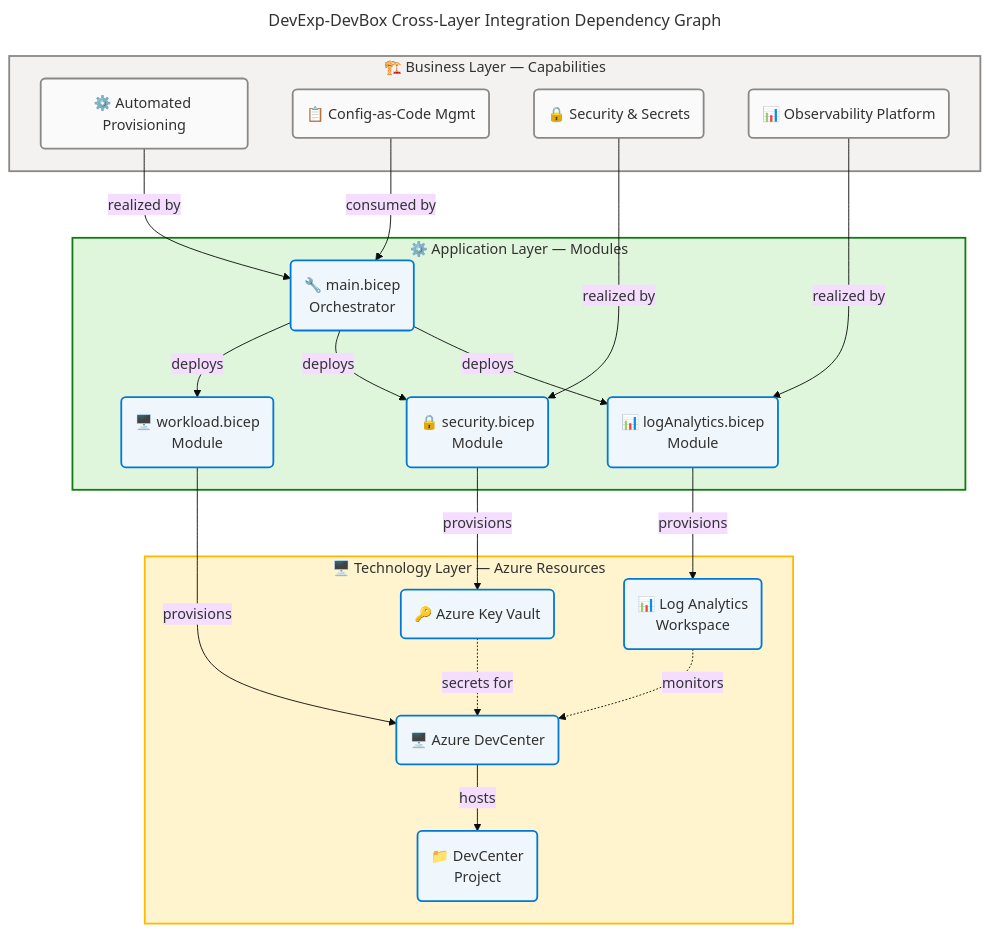
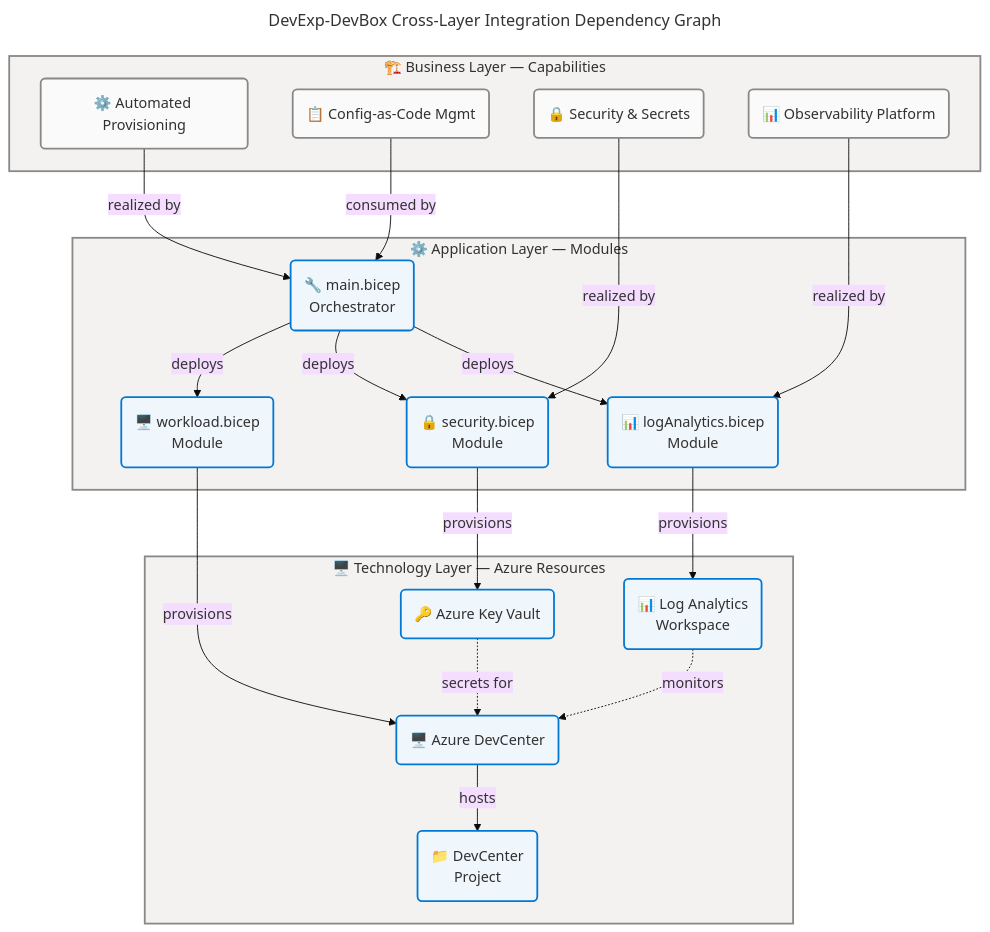
One commit to Evilazaro/DevExp-DevBox changed the seventh of 7 diagrams in docs/architecture/business-architecture.md. Above: the diagram before and after it, drawn with Mermaid. The commit also changed other lines of this file and 2 other files, not shown here.

Commit message:
refactor: Update Mermaid diagram styles for improved visual consistency across architecture documents

````diff
--- a/docs/architecture/business-architecture.md
+++ b/docs/architecture/business-architecture.md
@@ -1414,69 +1414,69 @@
 ```mermaid
 ---
 title: DevExp-DevBox Cross-Layer Integration Dependency Graph
 config:
   theme: base
   look: classic
   layout: dagre
   themeVariables:
     fontSize: '16px'
   flowchart:
     htmlLabels: true
 ---
 flowchart TB
     accTitle: DevExp-DevBox Cross-Layer Integration Dependency Graph
     accDescr: Shows Business capabilities mapping to Application Bicep modules and Azure Technology resources across three architectural layers with directional dependency and observability feedback relationships.
 
     %% ═══════════════════════════════════════════════════════════════════════════
     %% AZURE / FLUENT ARCHITECTURE PATTERN v1.1
     %% (Semantic + Structural + Font + Accessibility Governance)
     %% ═══════════════════════════════════════════════════════════════════════════
     %% PHASE 1 - FLUENT UI: All styling uses approved Fluent UI palette only
     %% PHASE 2 - GROUPS: Every subgraph has semantic color via style directive
     %% PHASE 3 - COMPONENTS: Every node has semantic classDef + icon prefix
     %% PHASE 4 - ACCESSIBILITY: accTitle/accDescr present, WCAG AA contrast
     %% PHASE 5 - STANDARD: Governance block present, classDefs centralized
     %% ═══════════════════════════════════════════════════════════════════════════
 
     subgraph bizLayer["🏗️ Business Layer — Capabilities"]
         cap1b("⚙️ Automated Provisioning"):::neutral
         cap2b("📋 Config-as-Code Mgmt"):::neutral
         cap3b("🔒 Security & Secrets"):::neutral
         cap4b("📊 Observability Platform"):::neutral
     end
 
     subgraph appLayer["⚙️ Application Layer — Modules"]
         mainBicep("🔧 main.bicep<br/>Orchestrator"):::core
         secMod("🔒 security.bicep<br/>Module"):::core
         monMod("📊 logAnalytics.bicep<br/>Module"):::core
         wrkMod("🖥️ workload.bicep<br/>Module"):::core
     end
 
     subgraph techLayer["🖥️ Technology Layer — Azure Resources"]
         kvRes("🔑 Azure Key Vault"):::core
         laRes("📊 Log Analytics<br/>Workspace"):::core
         dcRes("🖥️ Azure DevCenter"):::core
         projRes("📁 DevCenter<br/>Project"):::core
     end
 
     cap1b -->|"realized by"| mainBicep
     cap2b -->|"consumed by"| mainBicep
     cap3b -->|"realized by"| secMod
     cap4b -->|"realized by"| monMod
     mainBicep -->|"deploys"| monMod
     mainBicep -->|"deploys"| secMod
     mainBicep -->|"deploys"| wrkMod
     secMod -->|"provisions"| kvRes
     monMod -->|"provisions"| laRes
     wrkMod -->|"provisions"| dcRes
     dcRes -->|"hosts"| projRes
     laRes -.->|"monitors"| dcRes
     kvRes -.->|"secrets for"| dcRes
 
     style bizLayer fill:#F3F2F1,stroke:#8A8886,stroke-width:2px,color:#323130
-    style appLayer fill:#DFF6DD,stroke:#107C10,stroke-width:2px,color:#323130
-    style techLayer fill:#FFF4CE,stroke:#FFB900,stroke-width:2px,color:#323130
+    style appLayer fill:#F3F2F1,stroke:#8A8886,stroke-width:2px,color:#323130
+    style techLayer fill:#F3F2F1,stroke:#8A8886,stroke-width:2px,color:#323130
 
     classDef neutral fill:#FAFAFA,stroke:#8A8886,stroke-width:2px,color:#323130
     classDef core fill:#EFF6FC,stroke:#0078D4,stroke-width:2px,color:#323130
 ```
````
